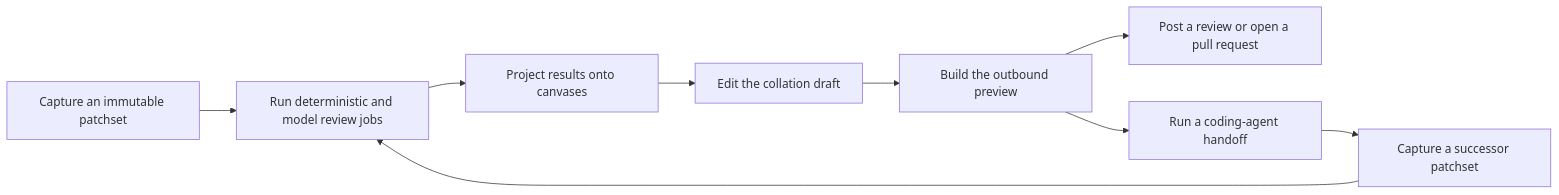
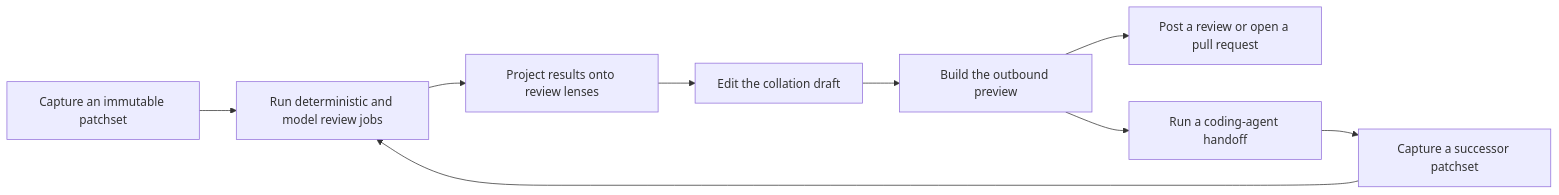
The diagram in docs/developing/index.md (rbutera/Rennet), drawn with Mermaid before and after one commit. The commit also changed other lines of this file and 10 other files, not shown here.

Commit message:
docs(b2): task 8.1 — delete canvas-model.md, redirect inbound links to review lenses (#489)

````diff
--- a/docs/developing/index.md
+++ b/docs/developing/index.md
@@ -12,11 +12,11 @@
 ```mermaid
 flowchart LR
   capture[Capture an immutable patchset] --> review[Run deterministic and model review jobs]
-  review --> canvas[Project results onto canvases]
-  canvas --> draft[Edit the collation draft]
+  review --> lenses[Project results onto review lenses]
+  lenses --> draft[Edit the collation draft]
   draft --> preview[Build the outbound preview]
   preview --> github[Post a review or open a pull request]
   preview --> handoff[Run a coding-agent handoff]
   handoff --> successor[Capture a successor patchset]
   successor --> review
 ```
````
